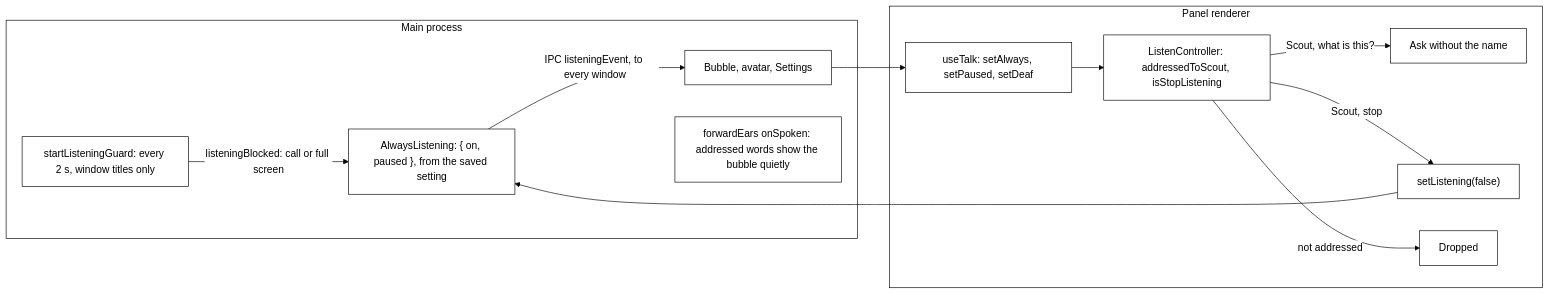
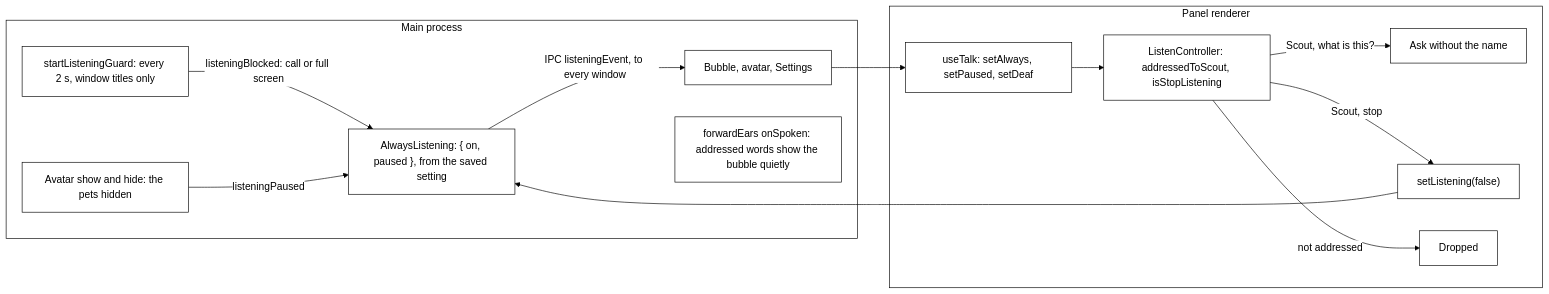
Diagram 14 of 14 in docs/architecture.md (nadeem4/tagalong), drawn with Mermaid before and after one commit. The commit also changed other lines of this file and 4 other files, not shown here.

Commit message:
docs: Always listening pauses with the pets hidden; the talk key still asks; the front window counts

````diff
--- a/docs/architecture.md
+++ b/docs/architecture.md
@@ -1796,19 +1809,20 @@
 ```mermaid
 %%{init: {"theme": "base", "themeVariables": {"primaryColor": "#ffffff", "primaryTextColor": "#000000", "primaryBorderColor": "#000000", "lineColor": "#000000", "secondaryColor": "#ffffff", "tertiaryColor": "#ffffff", "background": "#ffffff", "clusterBkg": "#ffffff", "clusterBorder": "#000000"}}}%%
 flowchart LR
   subgraph Main["Main process"]
     AL["AlwaysListening: { on, paused }, from the saved setting"]
     G["startListeningGuard: every 2 s, window titles only"]
     G -->|"listeningBlocked: call or full screen"| AL
+    PH["Avatar show and hide: the pets hidden"] -->|"listeningPaused"| AL
     AL -->|"IPC listeningEvent, to every window"| W["Bubble, avatar, Settings"]
     FE["forwardEars onSpoken: addressed words show the bubble quietly"]
   end
   subgraph Panel["Panel renderer"]
     TK["useTalk: setAlways, setPaused, setDeaf"] --> LC["ListenController: addressedToScout, isStopListening"]
     LC -->|"Scout, what is this?"| ASK["Ask without the name"]
     LC -->|"Scout, stop"| OFF["setListening(false)"]
     LC -->|"not addressed"| DROP["Dropped"]
   end
   W --> TK
   OFF --> AL
 ```
````
